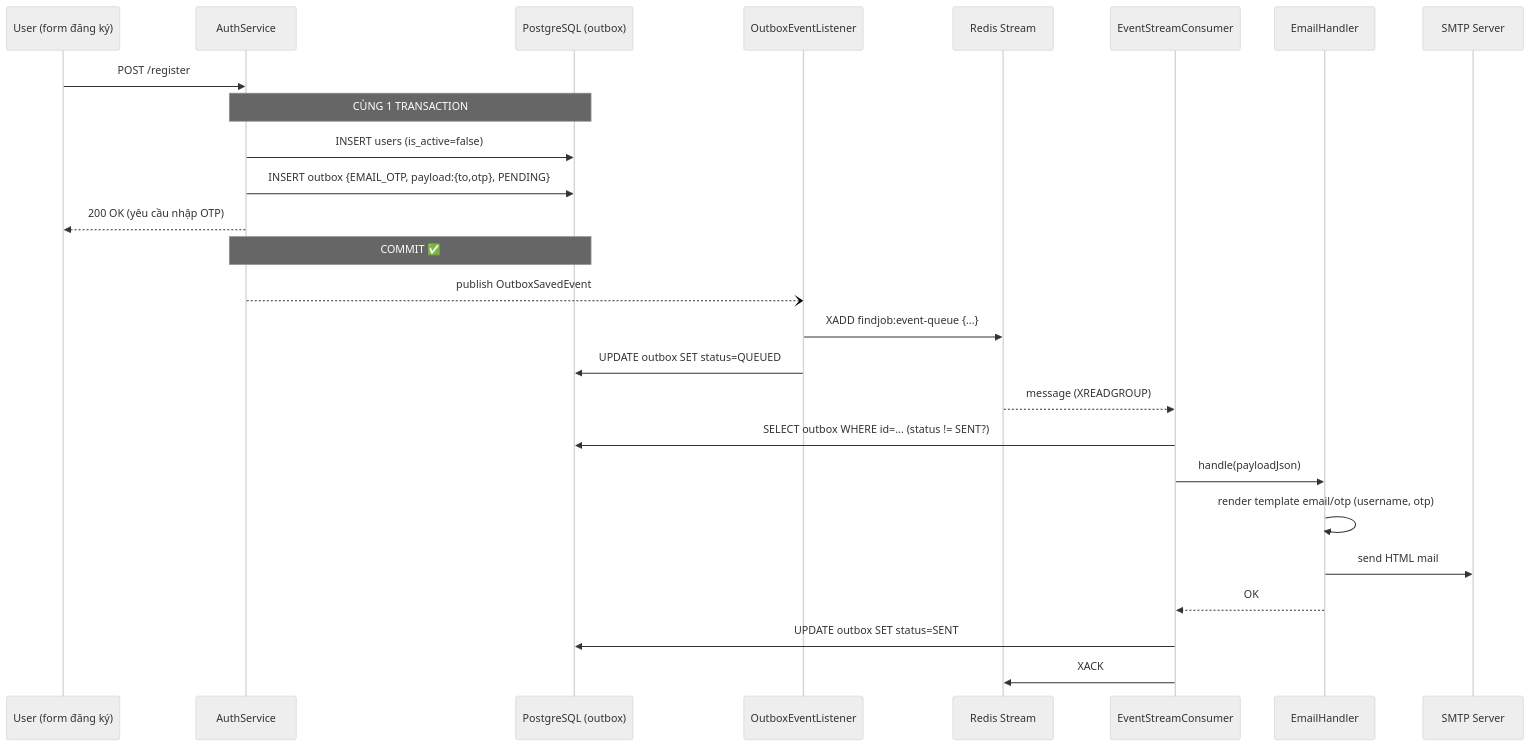
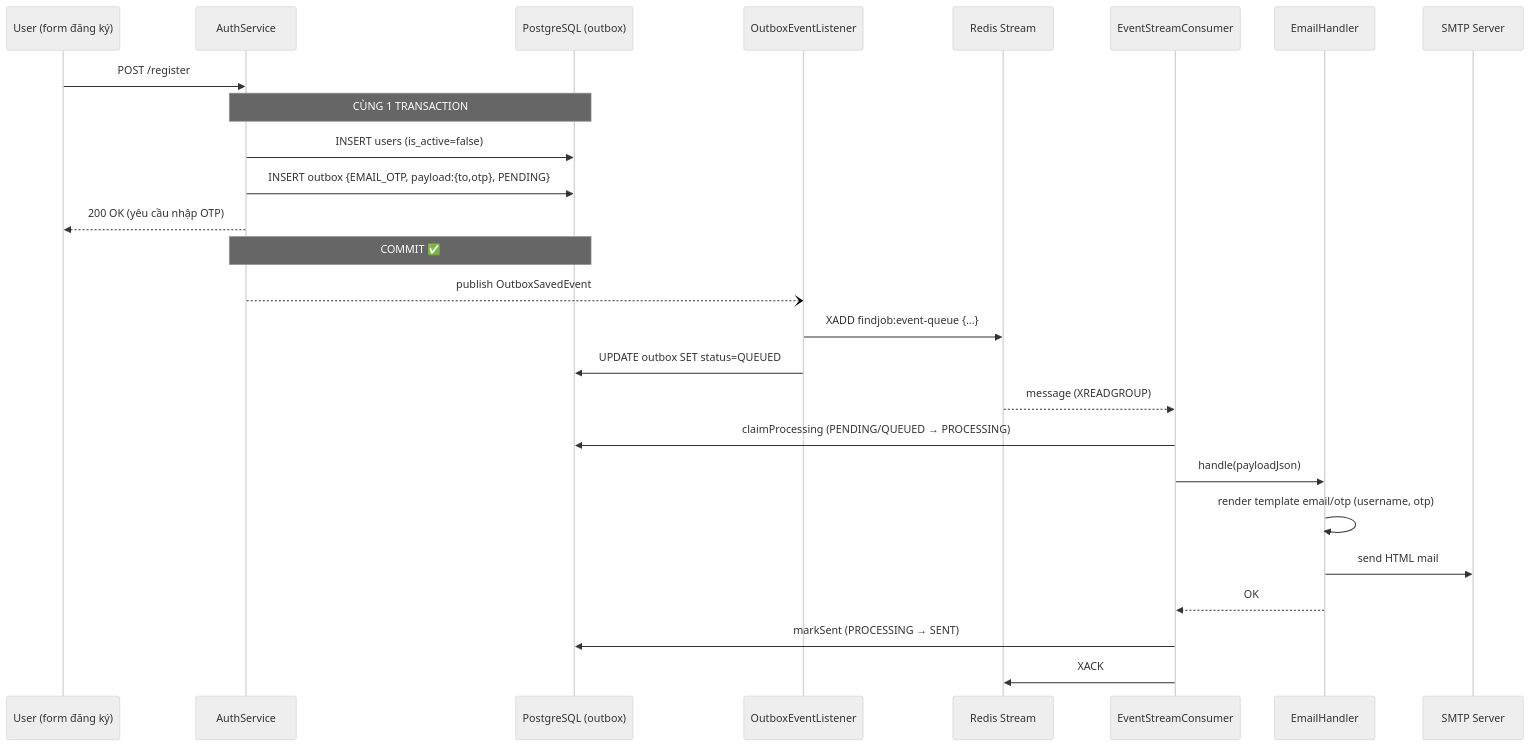
Before and after one commit to nhuanld17/FINDJOB-BE-DACN2: the second of 2 diagrams in plan/EMAIL_REDIS_STREAM_OUTBOX_PLAN.md, drawn with Mermaid (neutral theme). The commit also changed other lines of this file and 1 other file, not shown here.

````diff
--- a/plan/EMAIL_REDIS_STREAM_OUTBOX_PLAN.md
+++ b/plan/EMAIL_REDIS_STREAM_OUTBOX_PLAN.md
@@ -124,29 +105,29 @@
 ```mermaid
 sequenceDiagram
     participant U as User (form đăng ký)
     participant Auth as AuthService
     participant DB as PostgreSQL (outbox)
     participant L as OutboxEventListener
     participant R as Redis Stream
     participant C as EventStreamConsumer
     participant EH as EmailHandler
     participant M as SMTP Server
 
     U->>Auth: POST /register
     Note over Auth,DB: CÙNG 1 TRANSACTION
     Auth->>DB: INSERT users (is_active=false)
     Auth->>DB: INSERT outbox {EMAIL_OTP, payload:{to,otp}, PENDING}
     Auth-->>U: 200 OK (yêu cầu nhập OTP)
     Note over Auth,DB: COMMIT ✅
     Auth--)L: publish OutboxSavedEvent
     L->>R: XADD findjob:event-queue {...}
     L->>DB: UPDATE outbox SET status=QUEUED
     R-->>C: message (XREADGROUP)
-    C->>DB: SELECT outbox WHERE id=... (status != SENT?)
+    C->>DB: claimProcessing (PENDING/QUEUED → PROCESSING)
     C->>EH: handle(payloadJson)
     EH->>EH: render template email/otp (username, otp)
     EH->>M: send HTML mail
     EH-->>C: OK
-    C->>DB: UPDATE outbox SET status=SENT
+    C->>DB: markSent (PROCESSING → SENT)
     C->>R: XACK
 ```
````
